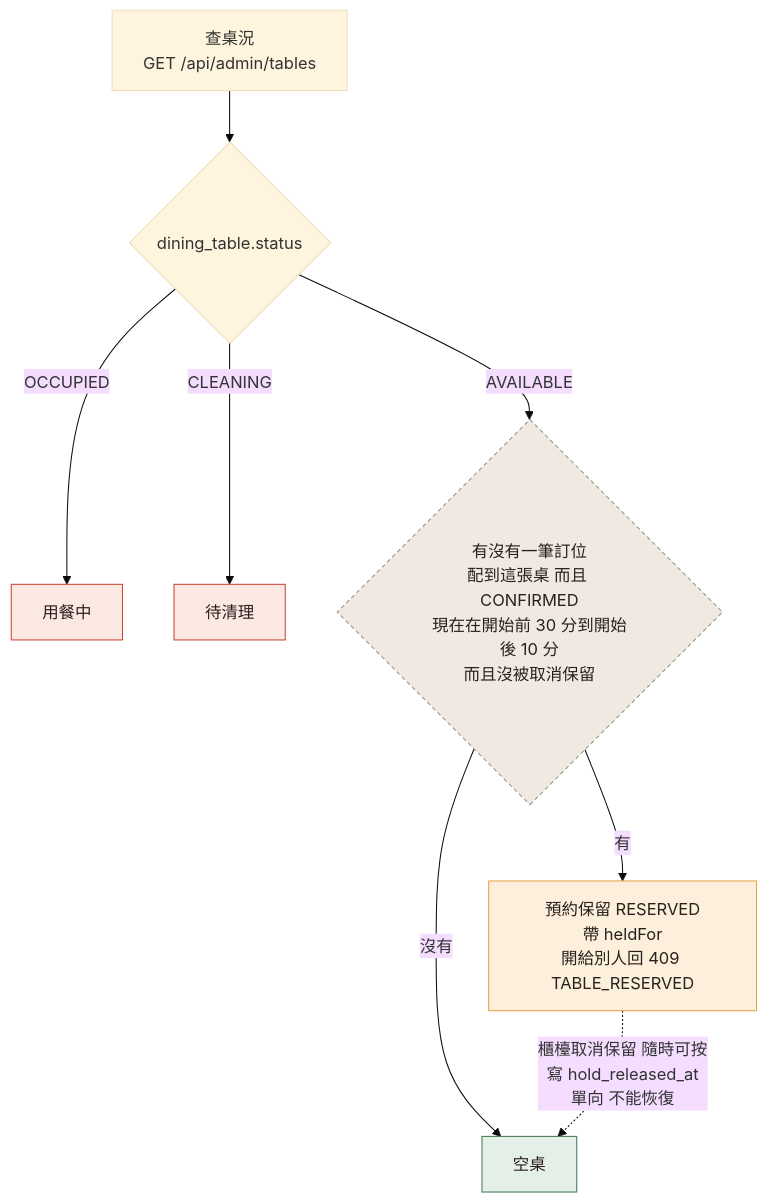
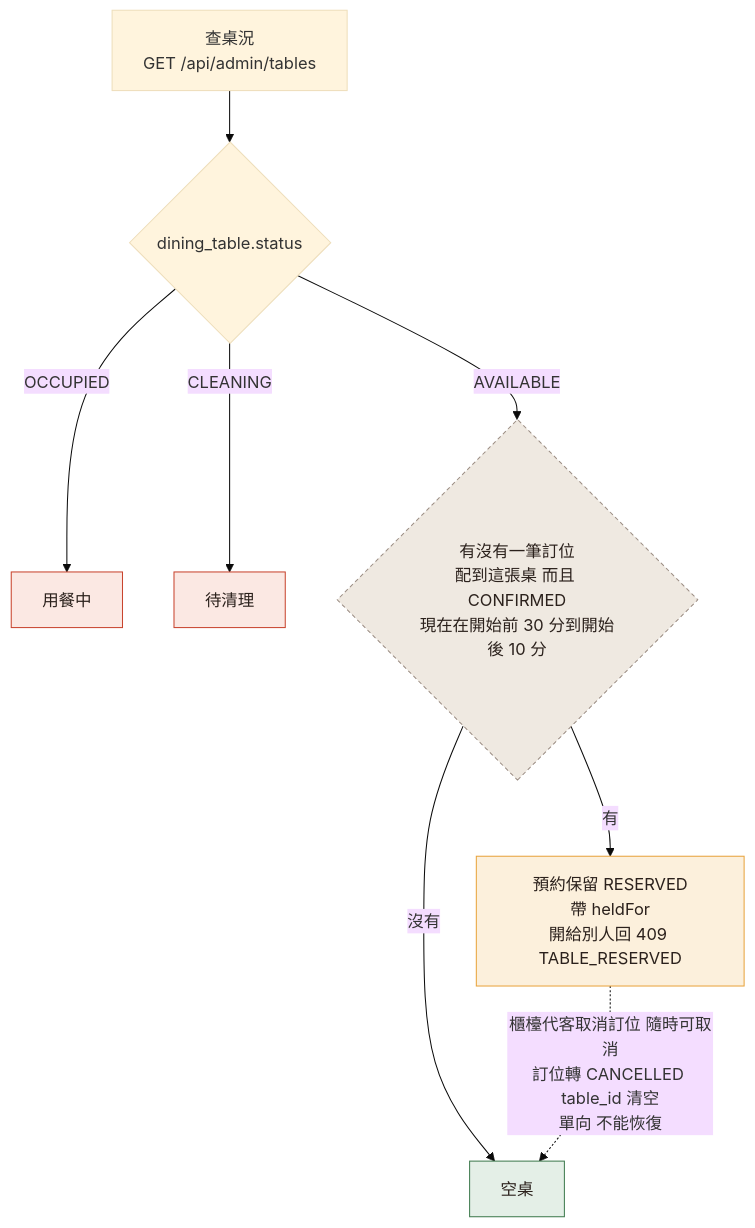
Before and after one commit to harry-wann/smart-order: the tenth of 16 diagrams in docs/spec/06-圖表總覽.md, drawn with Mermaid (base theme). The commit also changed other lines of this file and 48 other files, not shown here.

````diff
--- a/docs/spec/06-圖表總覽.md
+++ b/docs/spec/06-圖表總覽.md
@@ -696,19 +701,19 @@
 ```mermaid
 flowchart TD
     S["查桌況<br/>GET /api/admin/tables"] --> A{"dining_table.status"}
     A -->|OCCUPIED| O["用餐中"]
     A -->|CLEANING| C["待清理"]
-    A -->|AVAILABLE| R{"有沒有一筆訂位<br/>配到這張桌 而且 CONFIRMED<br/>現在在開始前 30 分到開始後 10 分<br/>而且沒被取消保留"}
+    A -->|AVAILABLE| R{"有沒有一筆訂位<br/>配到這張桌 而且 CONFIRMED<br/>現在在開始前 30 分到開始後 10 分"}
     R -->|有| H["預約保留 RESERVED<br/>帶 heldFor<br/>開給別人回 409 TABLE_RESERVED"]
     R -->|沒有| E["空桌"]
-    H -.->|櫃檯取消保留 隨時可按<br/>寫 hold_released_at<br/>單向 不能恢復| E
+    H -.->|櫃檯代客取消訂位 隨時可取消<br/>訂位轉 CANCELLED table_id 清空<br/>單向 不能恢復| E
 
     classDef occ fill:#FBE8E3,stroke:#C8442E,color:#2B211C
     classDef held fill:#FCF0DC,stroke:#E8A33D,color:#2B211C
     classDef free fill:#E4EFE7,stroke:#3F7A4E,color:#2B211C
     classDef calc fill:#EFE9E1,stroke:#9C8E84,color:#2B211C,stroke-dasharray: 4 3
     class O,C occ
     class H held
     class E free
     class R calc
 ```
````
